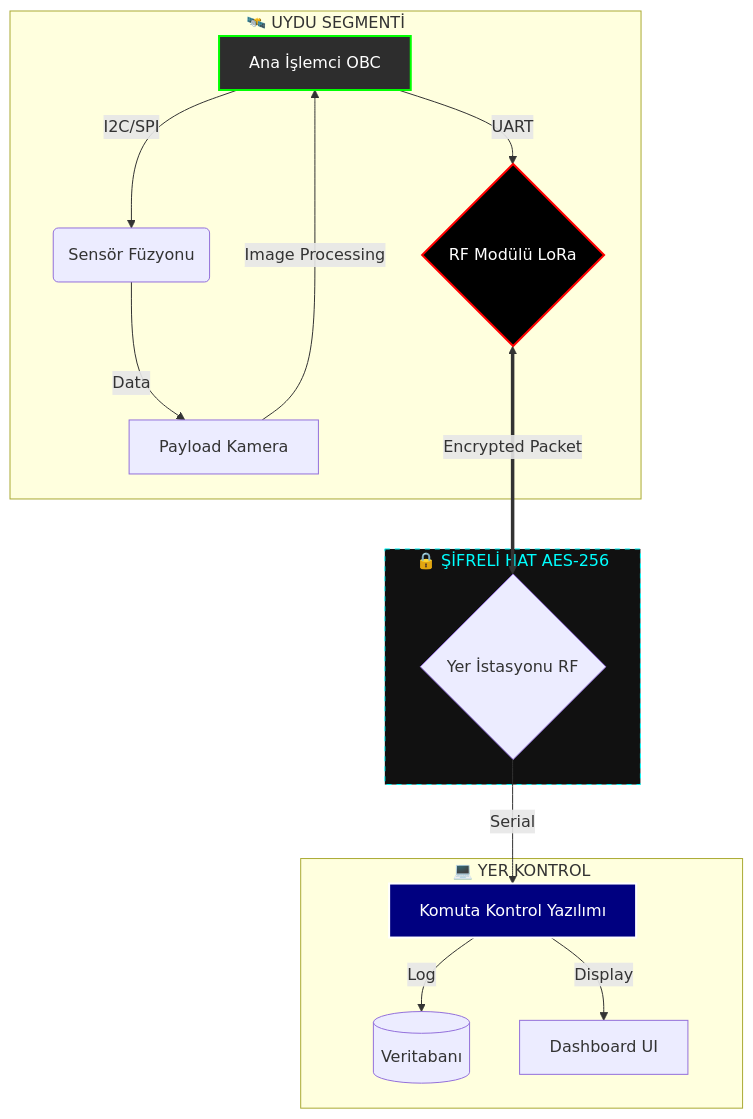
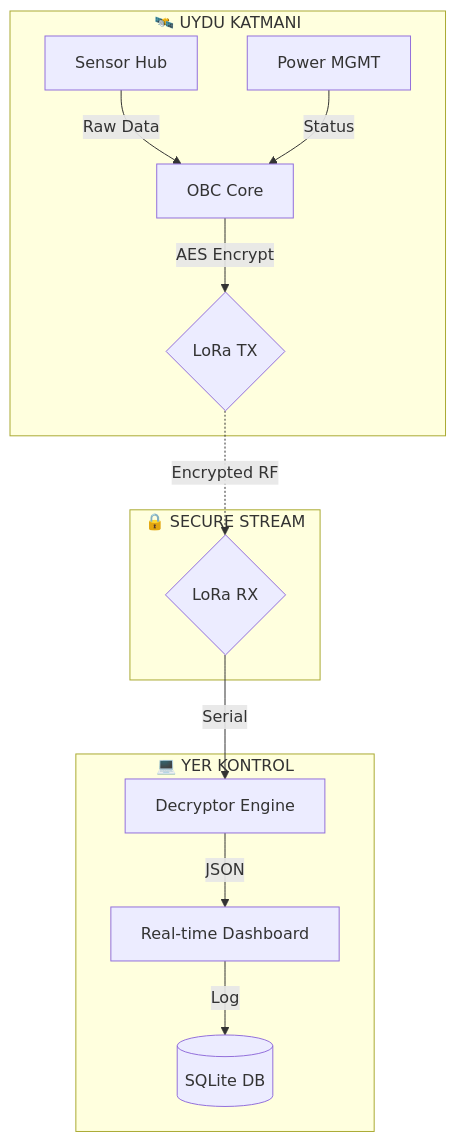
Before and after one commit to bahattinyunus/teknofest_guvenli_uydu: the diagram in README.md, drawn with Mermaid. The commit also changed other lines of this file, not shown here.

````diff
--- a/README.md
+++ b/README.md
@@ -78,23 +100,18 @@
 ```mermaid
 graph TD
-    subgraph SPACE_SEGMENT[🛰️ UYDU SEGMENTİ]
-        A[Ana İşlemci OBC] -->|I2C/SPI| B(Sensör Füzyonu)
-        A -->|UART| C{RF Modülü LoRa}
-        B -->|Data| D[Payload Kamera]
-        D -->|Image Processing| A
-        style A fill:#2d2d2d,stroke:#00ff00,stroke-width:2px,color:#fff
-        style C fill:#000,stroke:#f00,stroke-width:2px,color:#fff
+    subgraph SPACE_SEGMENT[🛰️ UYDU KATMANI]
+        A[OBC Core] -->|AES Encrypt| B{LoRa TX}
+        C[Sensor Hub] -->|Raw Data| A
+        D[Power MGMT] -->|Status| A
     end
 
-    subgraph SECURE_LINK[🔒 ŞİFRELİ HAT AES-256]
-        C <===>|Encrypted Packet| E{Yer İstasyonu RF}
-        style SECURE_LINK fill:#111,stroke:#00ffff,stroke-dasharray: 5 5,color:#00ffff
+    subgraph TELEMETRY_STREAM[🔒 SECURE STREAM]
+        B -.->|Encrypted RF| E{LoRa RX}
     end
 
     subgraph GROUND_SEGMENT[💻 YER KONTROL]
-        E -->|Serial| F[Komuta Kontrol Yazılımı]
-        F -->|Log| G[(Veritabanı)]
-        F -->|Display| H[Dashboard UI]
-        style F fill:#000080,stroke:#fff,stroke-width:2px,color:#fff
+        E -->|Serial| F[Decryptor Engine]
+        F -->|JSON| G[Real-time Dashboard]
+        G -->|Log| H[(SQLite DB)]
     end
 ```
````
